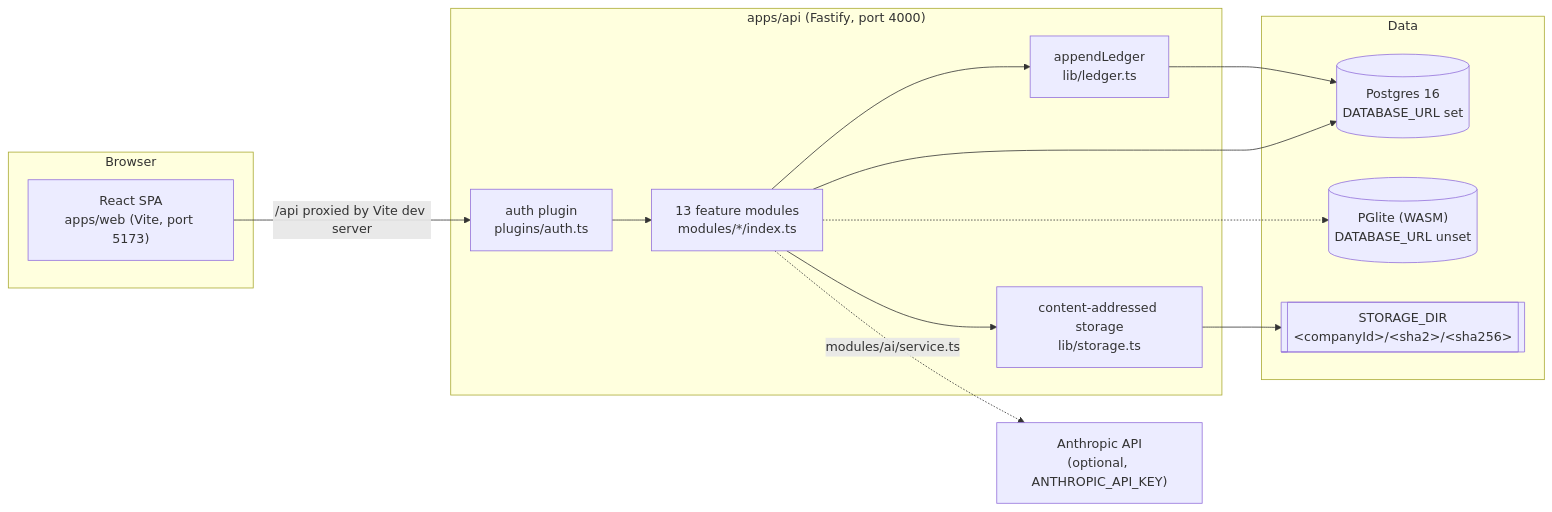
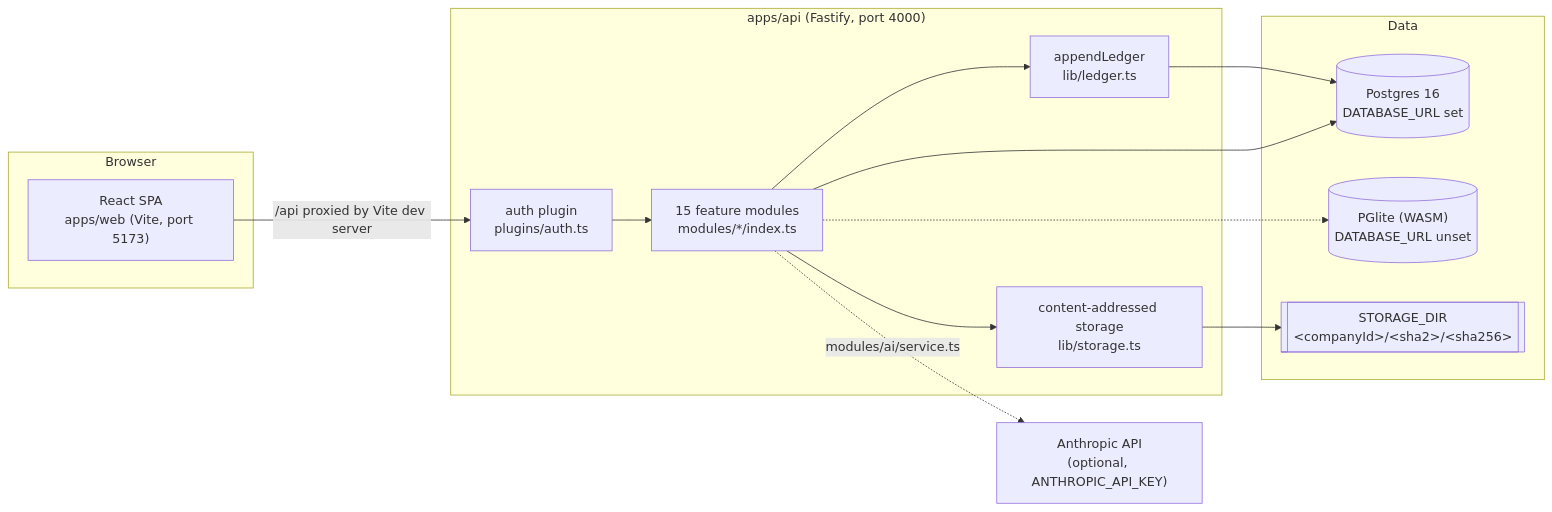
Before and after one commit to Emmanuelok/procore-ultimate: the first of 5 diagrams in docs/architecture.md, drawn with Mermaid. The commit also changed other lines of this file and 27 other files, not shown here.

````diff
--- a/docs/architecture.md
+++ b/docs/architecture.md
@@ -60,28 +60,28 @@
 ```mermaid
 flowchart LR
     subgraph Browser
         SPA["React SPA<br/>apps/web (Vite, port 5173)"]
     end
     subgraph API["apps/api (Fastify, port 4000)"]
         AUTH["auth plugin<br/>plugins/auth.ts"]
-        MODS["13 feature modules<br/>modules/*/index.ts"]
+        MODS["15 feature modules<br/>modules/*/index.ts"]
         LEDGER["appendLedger<br/>lib/ledger.ts"]
         STORE["content-addressed storage<br/>lib/storage.ts"]
     end
     subgraph Data
         PG[("Postgres 16<br/>DATABASE_URL set")]
         PGL[("PGlite (WASM)<br/>DATABASE_URL unset")]
         FS[["STORAGE_DIR<br/>&lt;companyId&gt;/&lt;sha2&gt;/&lt;sha256&gt;"]]
     end
     ANTH["Anthropic API<br/>(optional, ANTHROPIC_API_KEY)"]
 
     SPA -- "/api proxied by Vite dev server" --> AUTH
     AUTH --> MODS
     MODS --> LEDGER
     MODS --> STORE
     LEDGER --> PG
     MODS --> PG
     MODS -.-> PGL
     STORE --> FS
     MODS -. "modules/ai/service.ts" .-> ANTH
 ```
````
